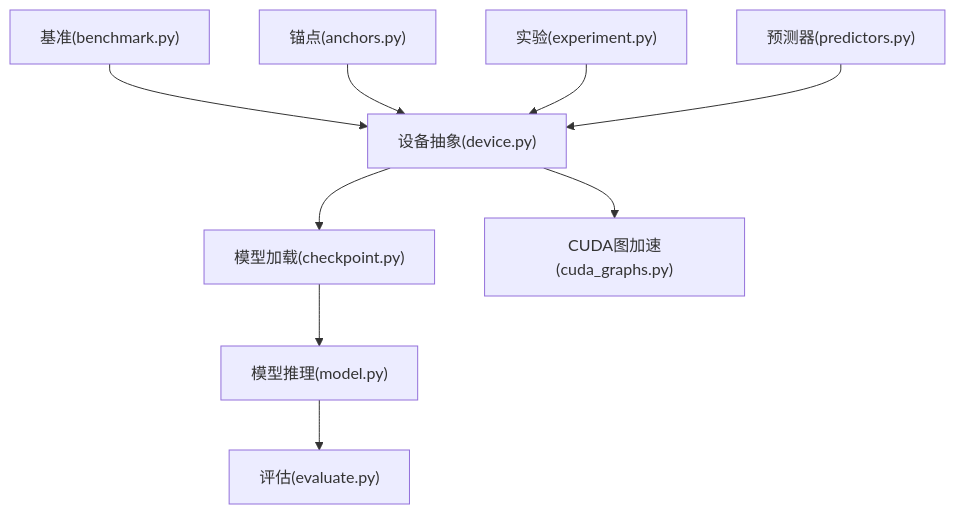
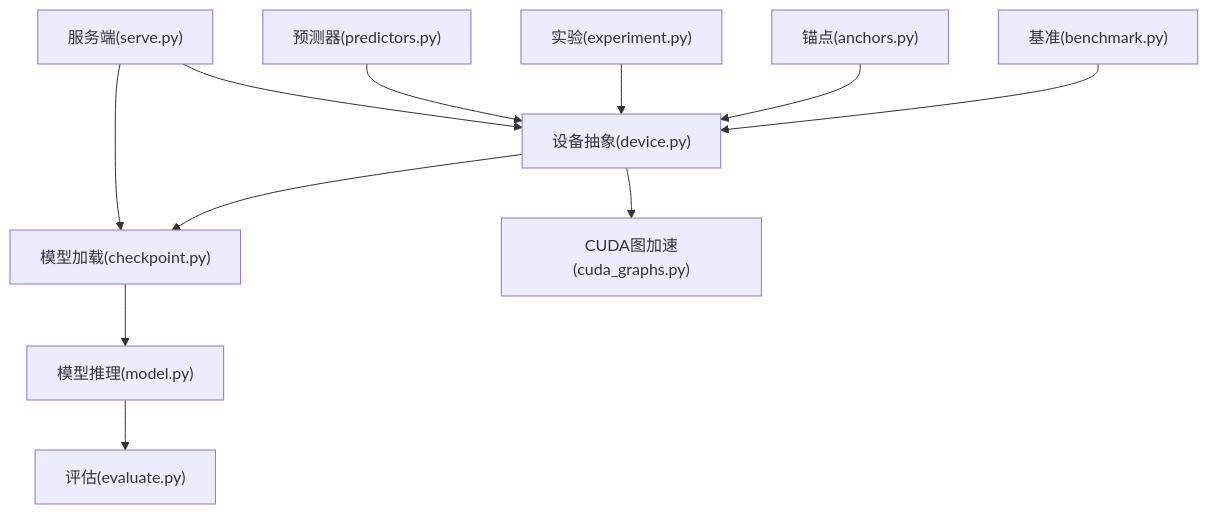
Before and after one commit to joezxh/kev: the first of 10 diagrams in .qoder/repowiki/zh/content/高级主题/性能优化技术/设备抽象层.md, drawn with Mermaid. The commit also changed other lines of this file and 220 other files, not shown here.

````diff
--- a/.qoder/repowiki/zh/content/高级主题/性能优化技术/设备抽象层.md
+++ b/.qoder/repowiki/zh/content/高级主题/性能优化技术/设备抽象层.md
@@ -48,11 +57,13 @@
 ```mermaid
 graph TB
 A["设备抽象(device.py)"] --> B["模型加载(checkpoint.py)"]
 A --> C["CUDA图加速(cuda_graphs.py)"]
 B --> D["模型推理(model.py)"]
 D --> E["评估(evaluate.py)"]
 F["基准(benchmark.py)"] --> A
 G["锚点(anchors.py)"] --> A
 H["实验(experiment.py)"] --> A
 I["预测器(predictors.py)"] --> A
+J["服务端(serve.py)"] --> A
+J --> B
 ```
````
